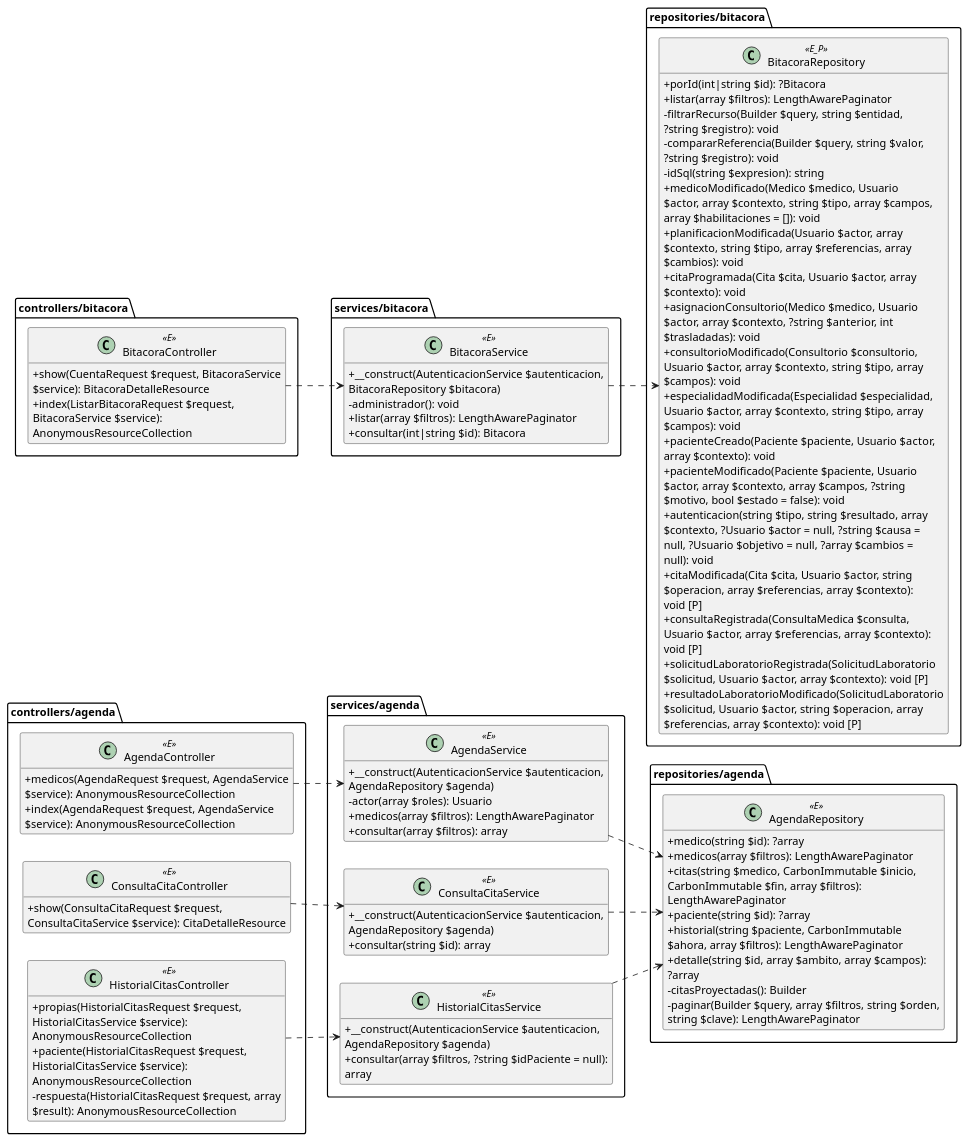
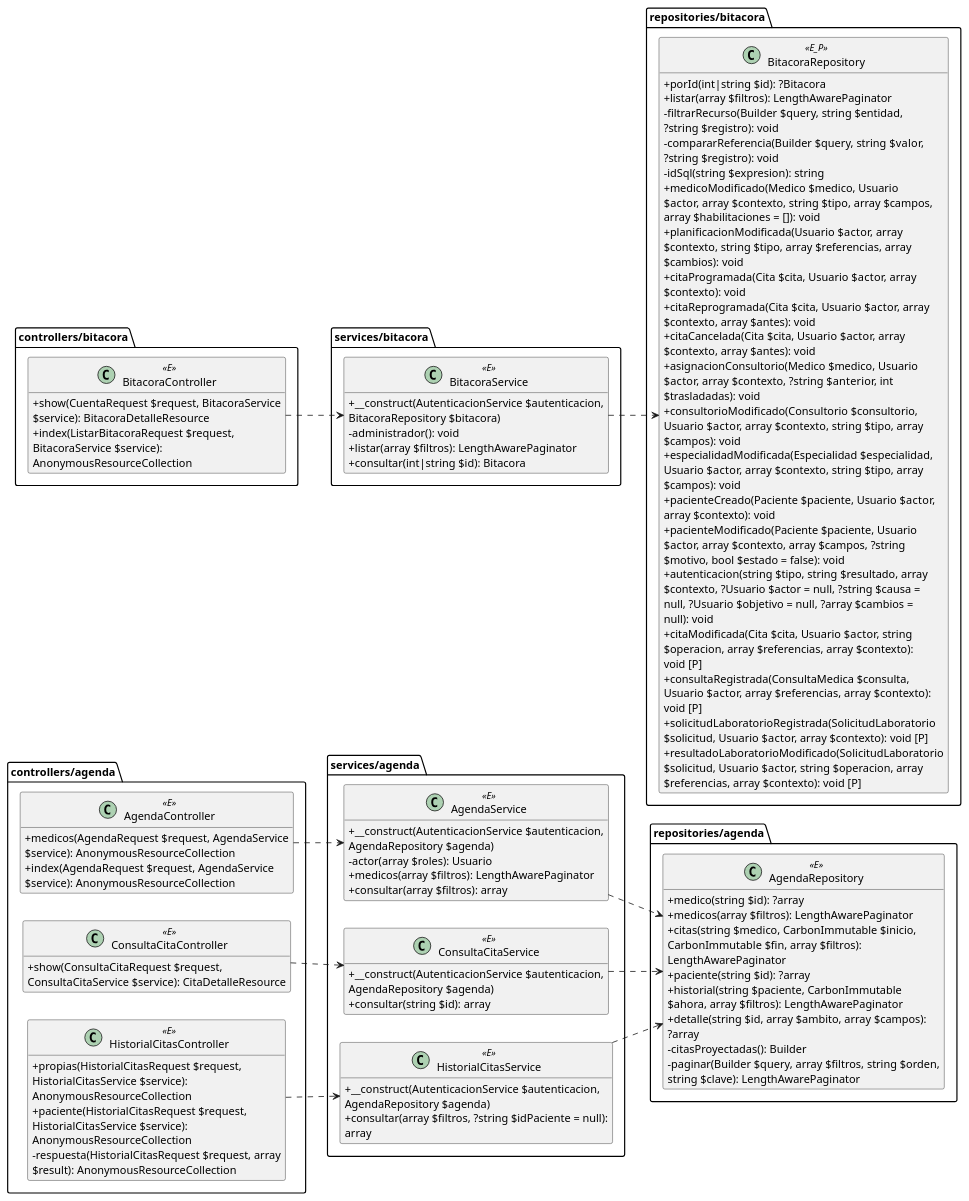
One commit to CreepyBowDev/clinica-vida-salud changed the eighth of 19 diagrams in docs/ai/diagrama-clases.md. Above: the diagram before and after it, drawn with PlantUML. The commit also changed other lines of this file and 30 other files, not shown here.

```diff
--- a/docs/ai/diagrama-clases.md
+++ b/docs/ai/diagrama-clases.md
@@ -2939,6 +2969,8 @@
   + medicoModificado(Medico $medico, Usuario $actor, array $contexto, string $tipo, array $campos, array $habilitaciones = []): void
   + planificacionModificada(Usuario $actor, array $contexto, string $tipo, array $referencias, array $cambios): void
   + citaProgramada(Cita $cita, Usuario $actor, array $contexto): void
+  + citaReprogramada(Cita $cita, Usuario $actor, array $contexto, array $antes): void
+  + citaCancelada(Cita $cita, Usuario $actor, array $contexto, array $antes): void
   + asignacionConsultorio(Medico $medico, Usuario $actor, array $contexto, ?string $anterior, int $trasladadas): void
   + consultorioModificado(Consultorio $consultorio, Usuario $actor, array $contexto, string $tipo, array $campos): void
   + especialidadModificada(Especialidad $especialidad, Usuario $actor, array $contexto, string $tipo, array $campos): void
```
